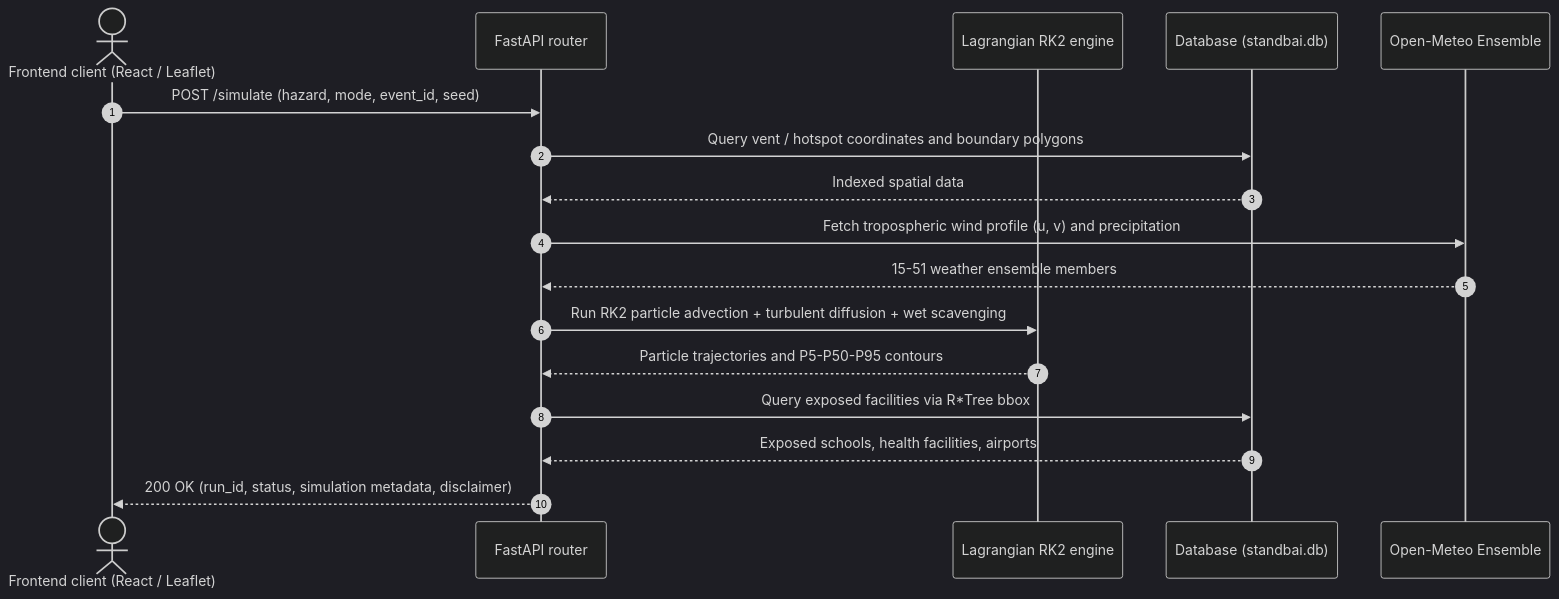
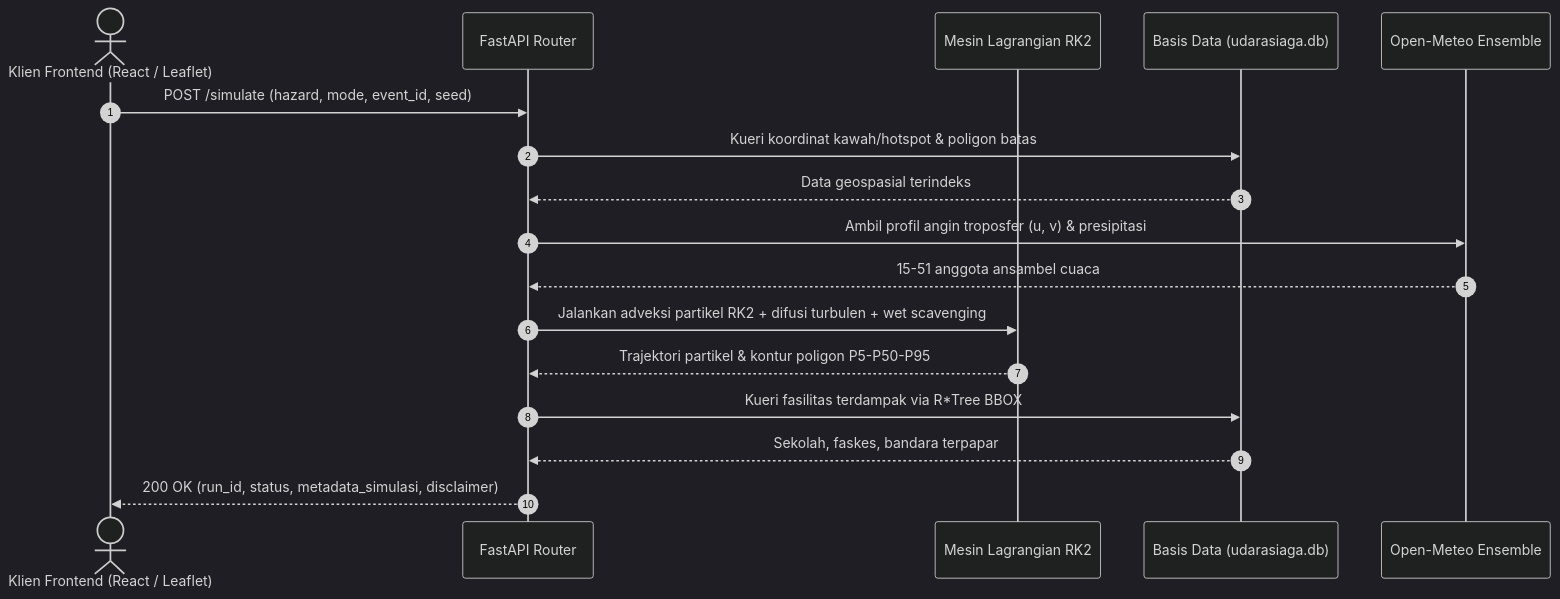
One commit to ITHACKITS/BE-FORGEHACK-2026 changed the diagram in docs/API_CONTRACT.md. Above: the diagram before and after it, drawn with Mermaid (dark theme). The commit also changed other lines of this file and 66 other files, not shown here.

````diff
--- a/docs/API_CONTRACT.md
+++ b/docs/API_CONTRACT.md
@@ -80,20 +77,20 @@
 ```mermaid
 sequenceDiagram
     autonumber
-    actor Client as Frontend client (React / Leaflet)
-    participant API as FastAPI router
-    participant Engine as Lagrangian RK2 engine
-    participant DB as Database (standbai.db)
+    actor Client as Klien Frontend (React / Leaflet)
+    participant API as FastAPI Router
+    participant Engine as Mesin Lagrangian RK2
+    participant DB as Basis Data (udarasiaga.db)
     participant Weather as Open-Meteo Ensemble
 
     Client->>API: POST /simulate (hazard, mode, event_id, seed)
-    API->>DB: Query vent / hotspot coordinates and boundary polygons
-    DB-->>API: Indexed spatial data
-    API->>Weather: Fetch tropospheric wind profile (u, v) and precipitation
-    Weather-->>API: 15-51 weather ensemble members
-    API->>Engine: Run RK2 particle advection + turbulent diffusion + wet scavenging
-    Engine-->>API: Particle trajectories and P5-P50-P95 contours
-    API->>DB: Query exposed facilities via R*Tree bbox
-    DB-->>API: Exposed schools, health facilities, airports
-    API-->>Client: 200 OK (run_id, status, simulation metadata, disclaimer)
+    API->>DB: Kueri koordinat kawah/hotspot & poligon batas
+    DB-->>API: Data geospasial terindeks
+    API->>Weather: Ambil profil angin troposfer (u, v) & presipitasi
+    Weather-->>API: 15-51 anggota ansambel cuaca
+    API->>Engine: Jalankan adveksi partikel RK2 + difusi turbulen + wet scavenging
+    Engine-->>API: Trajektori partikel & kontur poligon P5-P50-P95
+    API->>DB: Kueri fasilitas terdampak via R*Tree BBOX
+    DB-->>API: Sekolah, faskes, bandara terpapar
+    API-->>Client: 200 OK (run_id, status, metadata_simulasi, disclaimer)
 ```
````
